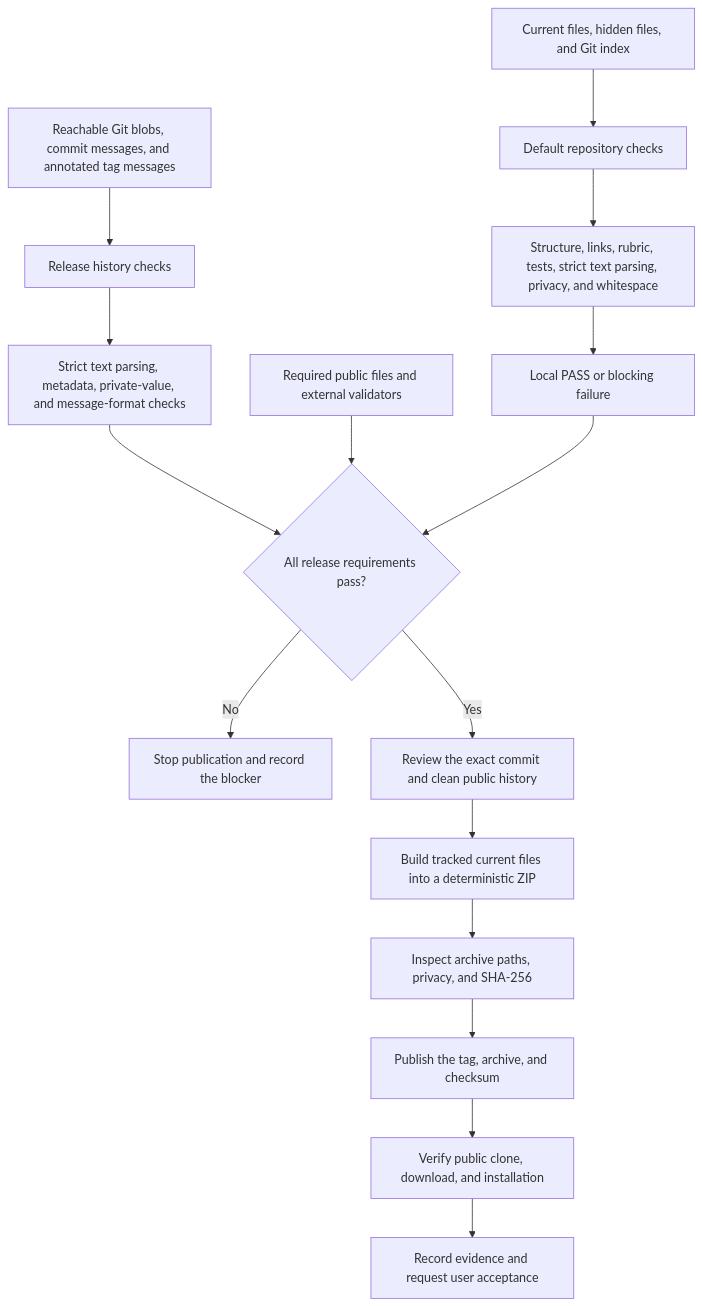
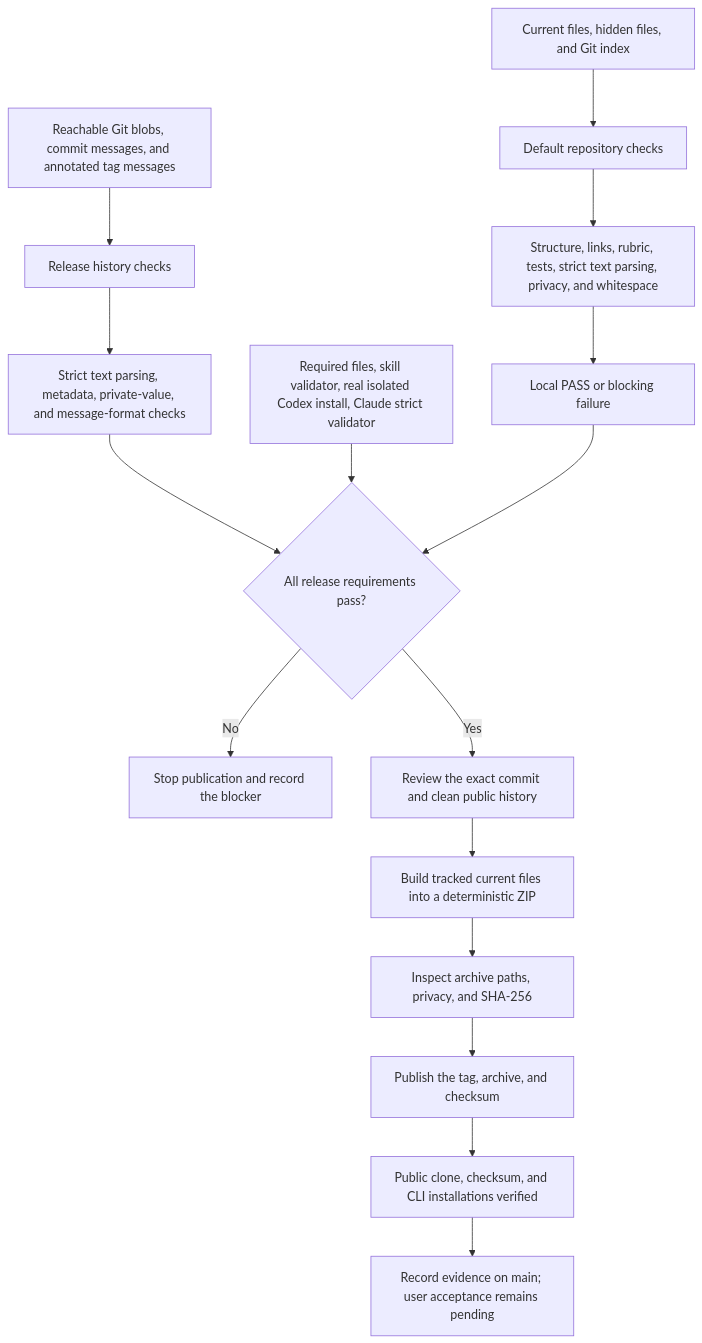
One commit to joevilcai666/writing-doc-skill changed the third of 4 diagrams in HOW_IT_WORKS.md. Above: the diagram before and after it, drawn with Mermaid. The commit also changed other lines of this file and 5 other files, not shown here.

Commit message:
docs: record v0.1.0 public verification

````diff
--- a/HOW_IT_WORKS.md
+++ b/HOW_IT_WORKS.md
@@ -148,18 +148,18 @@
 ```mermaid
 flowchart TD
     A["Current files, hidden files, and Git index"] --> B["Default repository checks"]
     C["Reachable Git blobs, commit messages, and annotated tag messages"] --> D["Release history checks"]
     B --> E["Structure, links, rubric, tests, strict text parsing, privacy, and whitespace"]
     D --> F["Strict text parsing, metadata, private-value, and message-format checks"]
     E --> G["Local PASS or blocking failure"]
     F --> H{"All release requirements pass?"}
-    I["Required public files and external validators"] --> H
+    I["Required files, skill validator, real isolated Codex install, Claude strict validator"] --> H
     G --> H
     H -->|"No"| J["Stop publication and record the blocker"]
     H -->|"Yes"| K["Review the exact commit and clean public history"]
     K --> O["Build tracked current files into a deterministic ZIP"]
     O --> P["Inspect archive paths, privacy, and SHA-256"]
     P --> L["Publish the tag, archive, and checksum"]
-    L --> M["Verify public clone, download, and installation"]
-    M --> N["Record evidence and request user acceptance"]
+    L --> M["Public clone, checksum, and CLI installations verified"]
+    M --> N["Record evidence on main; user acceptance remains pending"]
 ```
````
